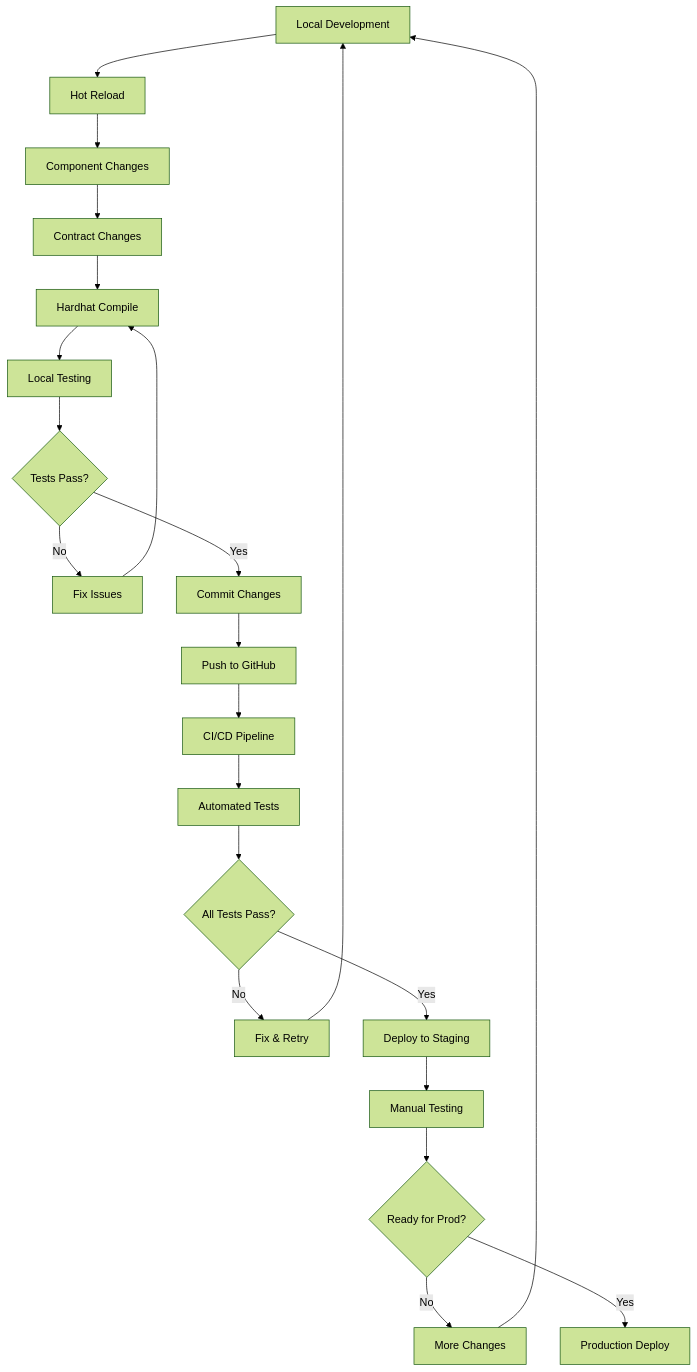
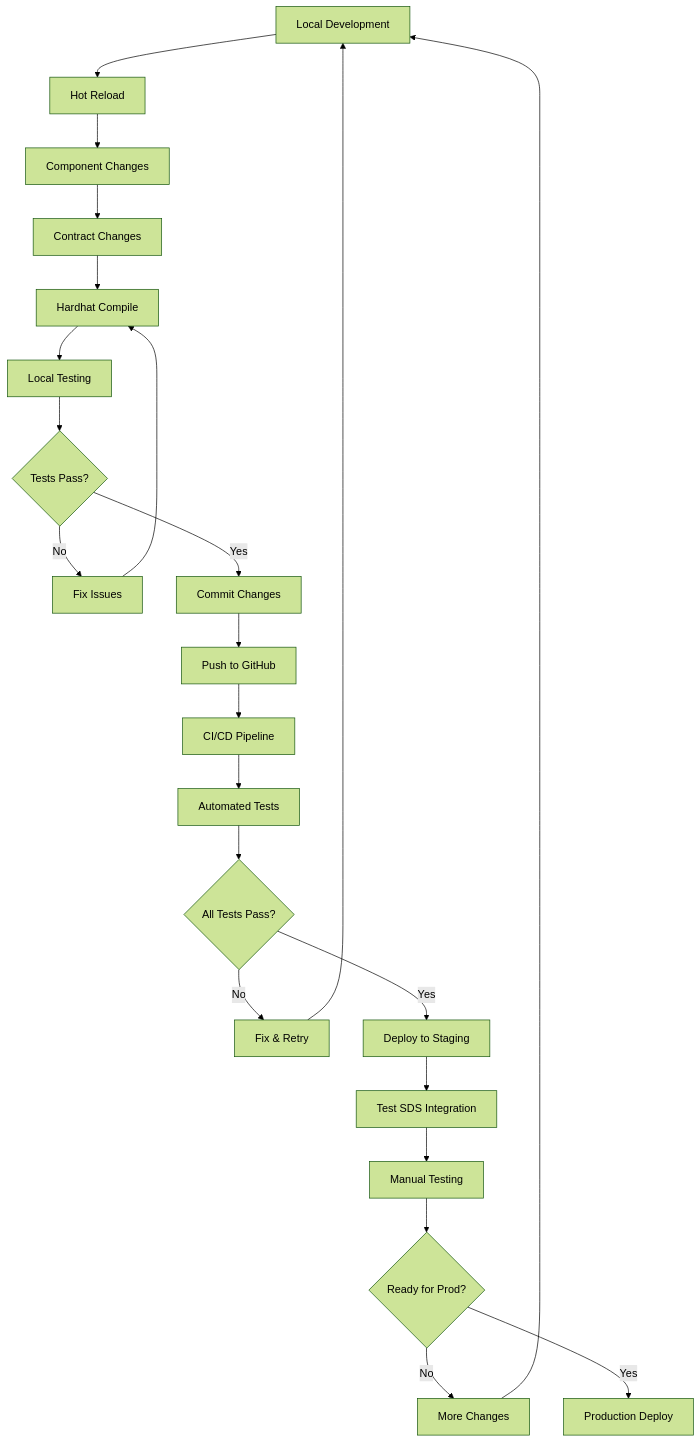
Before and after one commit to AmaanSayyad/APT-Casino-Somnia: diagram 17 of 24 in MERMAID_DIAGRAMS.md, drawn with Mermaid (forest theme). The commit also changed other lines of this file and 6 other files, not shown here.

Commit message:
diagrams and wd

````diff
--- a/MERMAID_DIAGRAMS.md
+++ b/MERMAID_DIAGRAMS.md
@@ -477,30 +601,31 @@
 ```mermaid
 flowchart TD
     A[Local Development] --> B[Hot Reload]
     B --> C[Component Changes]
     C --> D[Contract Changes]
     
     D --> E[Hardhat Compile]
     E --> F[Local Testing]
     F --> G{Tests Pass?}
     
     G -->|No| H[Fix Issues]
     H --> E
     G -->|Yes| I[Commit Changes]
     
     I --> J[Push to GitHub]
     J --> K[CI/CD Pipeline]
     K --> L[Automated Tests]
     
     L --> M{All Tests Pass?}
     M -->|No| N[Fix & Retry]
     M -->|Yes| O[Deploy to Staging]
     
-    O --> P[Manual Testing]
-    P --> Q{Ready for Prod?}
-    Q -->|No| R[More Changes]
-    Q -->|Yes| S[Production Deploy]
+    O --> P[Test SDS Integration]
+    P --> Q[Manual Testing]
+    Q --> R{Ready for Prod?}
+    R -->|No| S[More Changes]
+    R -->|Yes| T[Production Deploy]
     
-    R --> A
+    S --> A
     N --> A
 ```
````
